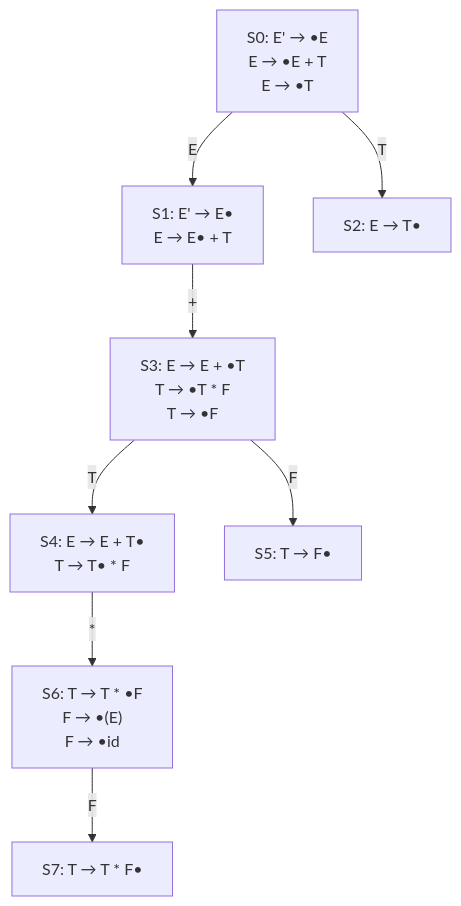
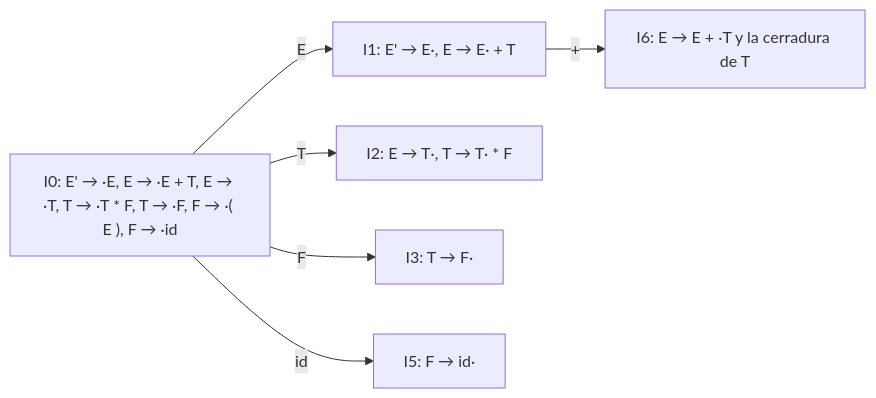
One commit to djaimej/computer-science-template changed the diagram in public/documents/semester-7/1/7134.md. Above: the diagram before and after it, drawn with Mermaid. The commit also changed other lines of this file and 6 other files, not shown here.

````diff
--- a/public/documents/semester-7/1/7134.md
+++ b/public/documents/semester-7/1/7134.md
@@ -52,19 +30,14 @@
 ```mermaid
-flowchart TD
-    S0["S0: E' → •E<br>E → •E + T<br>E → •T"]
-    S1["S1: E' → E•<br>E → E• + T"]
-    S2["S2: E → T•"]
-    S3["S3: E → E + •T<br>T → •T * F<br>T → •F"]
-    S4["S4: E → E + T•<br>T → T• * F"]
-    S5["S5: T → F•"]
-    S6["S6: T → T * •F<br>F → •(E)<br>F → •id"]
-    S7["S7: T → T * F•"]
-
-    S0 --> |E| S1
-    S0 --> |T| S2
-    S1 --> |+| S3
-    S3 --> |T| S4
-    S3 --> |F| S5
-    S4 --> |*| S6
-    S6 --> |F| S7
+flowchart LR
+    I0["I0: E' → ·E, E → ·E + T, E → ·T, T → ·T * F, T → ·F, F → ·( E ), F → ·id"]
+    I1["I1: E' → E·, E → E· + T"]
+    I2["I2: E → T·, T → T· * F"]
+    I3["I3: T → F·"]
+    I5["I5: F → id·"]
+    I6["I6: E → E + ·T y la cerradura de T"]
+    I0 -->|"E"| I1
+    I0 -->|"T"| I2
+    I0 -->|"F"| I3
+    I0 -->|"id"| I5
+    I1 -->|"+"| I6
 ```
````
